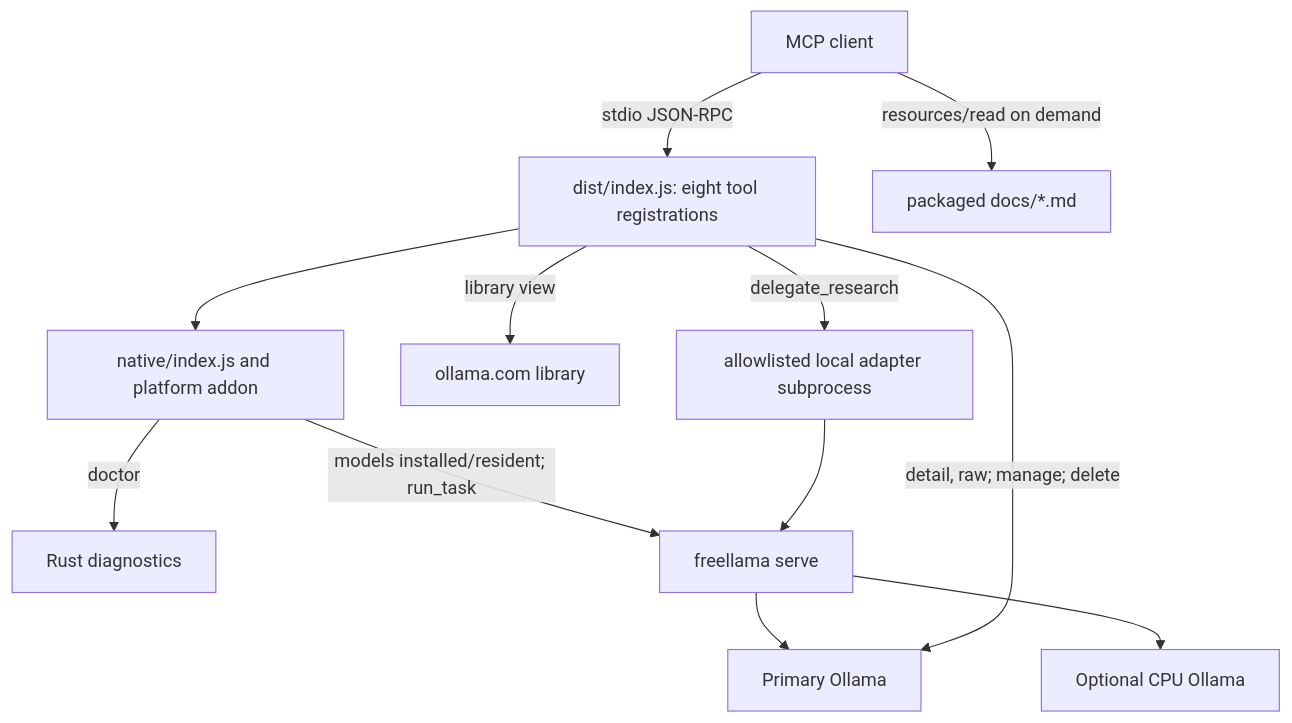
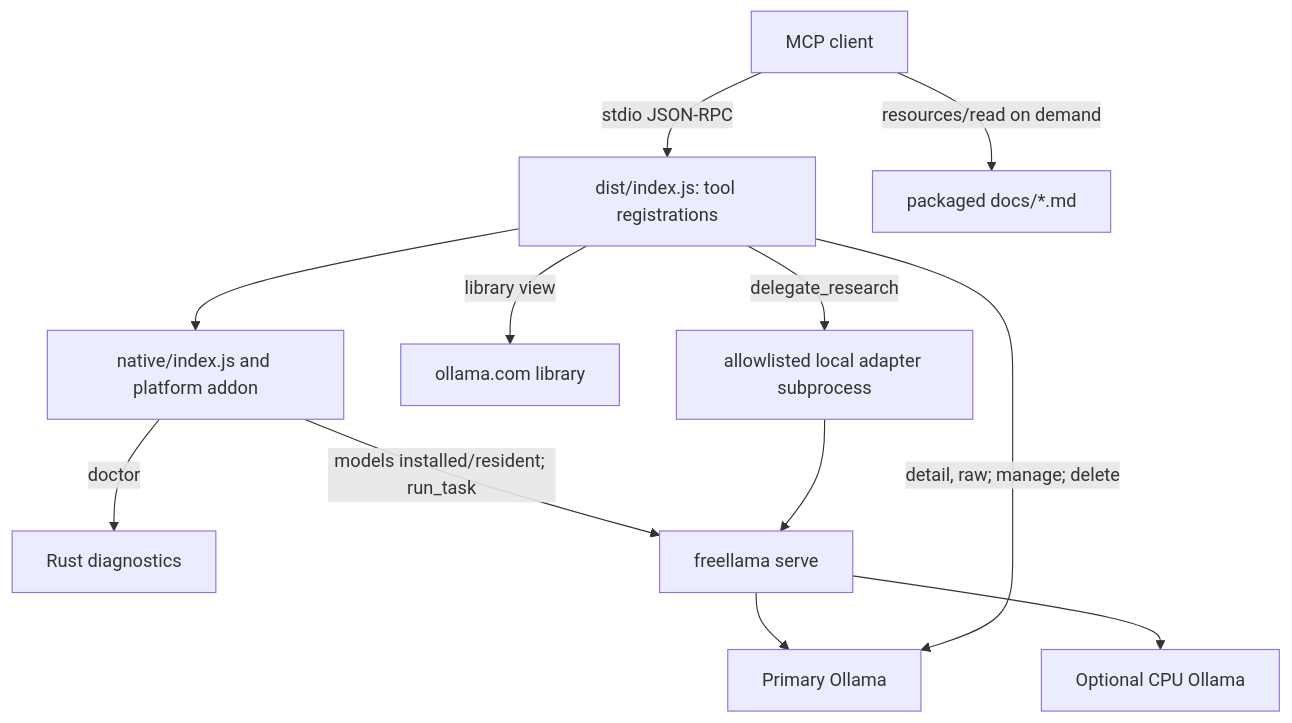
One commit to bgauryy/FreeLlama changed the second of 2 diagrams in packages/mcp/README.md. Above: the diagram before and after it, drawn with Mermaid. The commit also changed other lines of this file and 229 other files, not shown here.

````diff
--- a/packages/mcp/README.md
+++ b/packages/mcp/README.md
@@ -138,14 +167,14 @@
 ```mermaid
 flowchart TD
-    C["MCP client"] -->|"stdio JSON-RPC"| B["dist/index.js: eight tool registrations"]
+    C["MCP client"] -->|"stdio JSON-RPC"| B["dist/index.js: tool registrations"]
     B --> N["native/index.js and platform addon"]
     N -->|"doctor"| L["Rust diagnostics"]
     N -->|"models installed/resident; run_task"| S["freellama serve"]
     S --> G["Primary Ollama"]
     S --> U["Optional CPU Ollama"]
     B -->|"detail, raw; manage; delete"| G
     B -->|"library view"| W["ollama.com library"]
     B -->|"delegate_research"| A["allowlisted local adapter subprocess"]
     A --> S
     C -->|"resources/read on demand"| D["packaged docs/*.md"]
 ```
````
